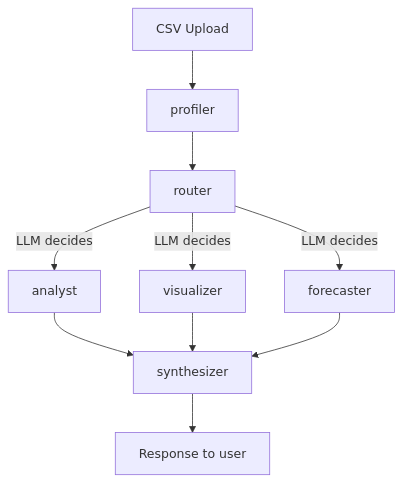
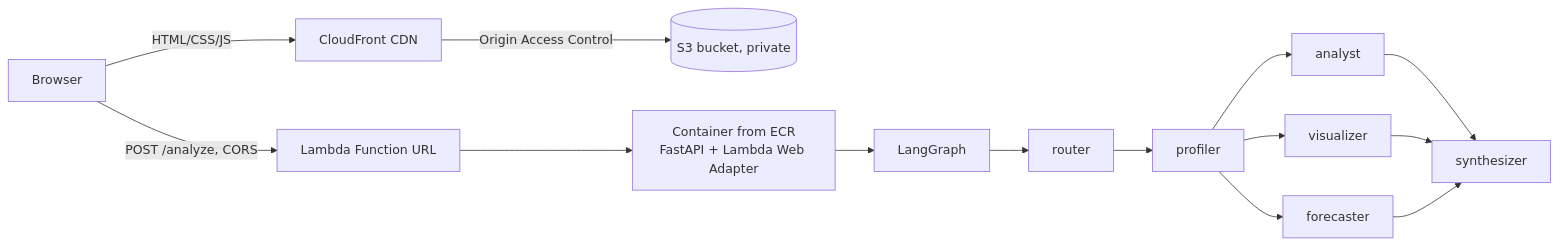
One commit to DanilRodenko/ai-data-analyst changed the diagram in README.md. Above: the diagram before and after it, drawn with Mermaid. The commit also changed other lines of this file and 3 other files, not shown here.

Commit message:
docs: README with live demo, architecture, deployment story

````diff
--- a/README.md
+++ b/README.md
@@ -9,12 +39,15 @@
 ```mermaid
-graph TD
-    A[CSV Upload] --> B[profiler]
-    B --> C[router]
-    C -->|LLM decides| D[analyst]
-    C -->|LLM decides| E[visualizer]
-    C -->|LLM decides| F[forecaster]
-    D --> G[synthesizer]
-    E --> G
-    F --> G
-    G --> H[Response to user]
+flowchart LR
+    U[Browser] -->|HTML/CSS/JS| CF[CloudFront CDN]
+    CF -->|Origin Access Control| S3[(S3 bucket, private)]
+    U -->|POST /analyze, CORS| L[Lambda Function URL]
+    L --> C[Container from ECR<br/>FastAPI + Lambda Web Adapter]
+    C --> G[LangGraph]
+    G --> R[router] --> P[profiler]
+    P --> A[analyst]
+    P --> V[visualizer]
+    P --> F[forecaster]
+    A --> S[synthesizer]
+    V --> S
+    F --> S
 ```
````
